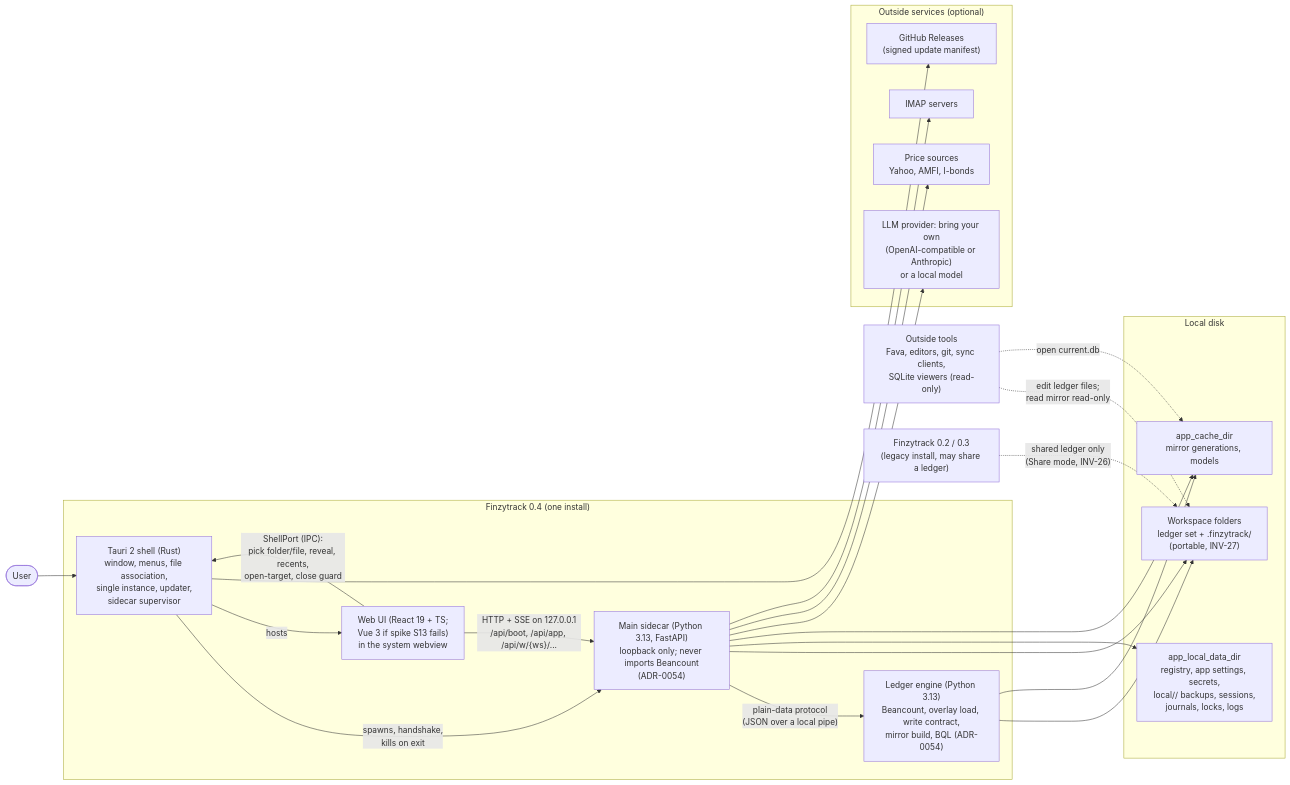
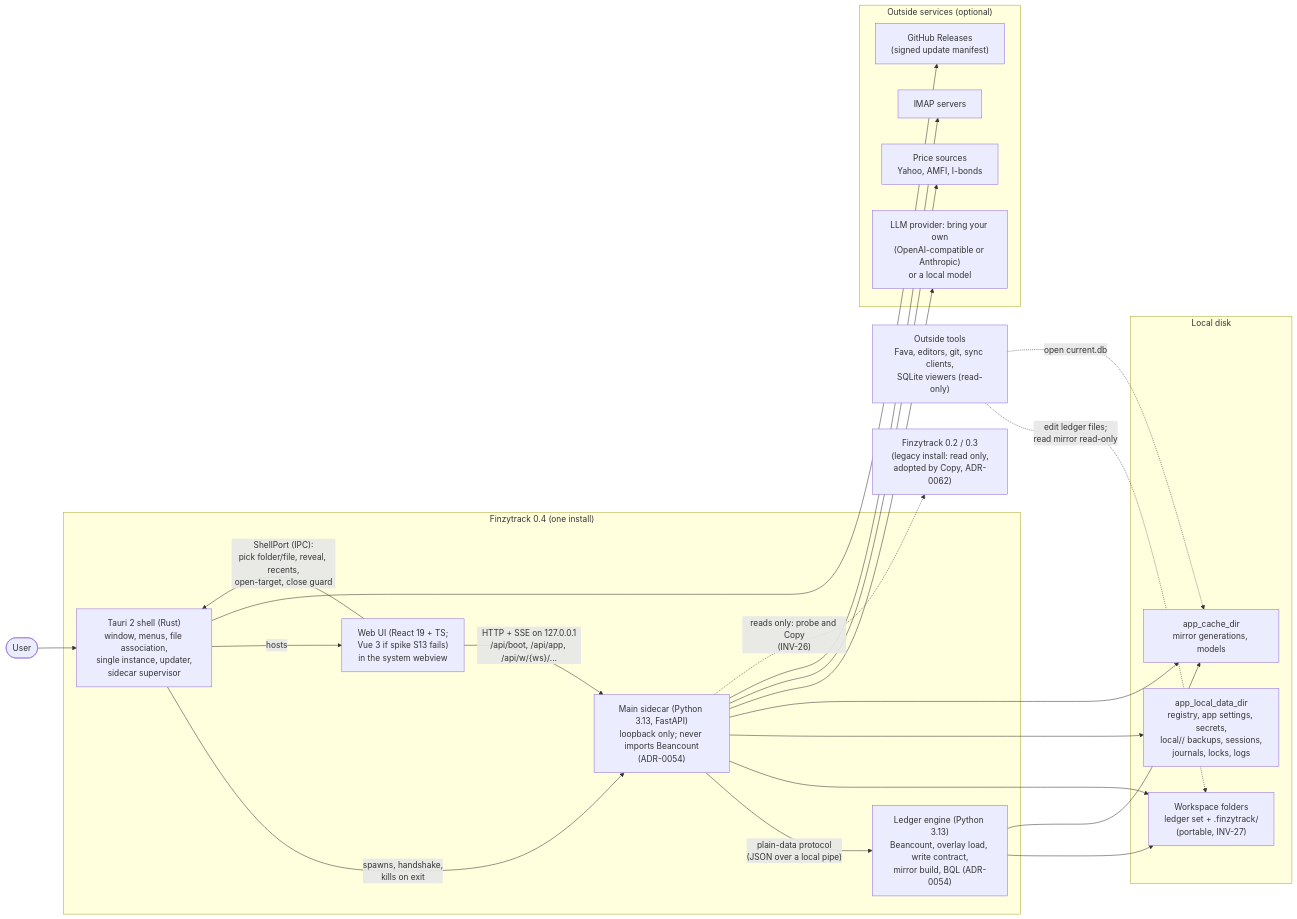
Before and after one commit to sagarbehere/finzytrack: the diagram in design/ARCHITECTURE.md, drawn with Mermaid. The commit also changed other lines of this file and 18 other files, not shown here.

````diff
--- a/design/ARCHITECTURE.md
+++ b/design/ARCHITECTURE.md
@@ -30,37 +30,37 @@
 ```mermaid
 flowchart LR
   user([User])
   subgraph Desktop["Finzytrack 0.4 (one install)"]
     shell["Tauri 2 shell (Rust)\nwindow, menus, file association,\nsingle instance, updater,\nsidecar supervisor"]
     web["Web UI (React 19 + TS;\nVue 3 if spike S13 fails)\nin the system webview"]
     side["Main sidecar (Python 3.13, FastAPI)\nloopback only; never imports Beancount\n(ADR-0054)"]
     eng["Ledger engine (Python 3.13)\nBeancount, overlay load, write contract,\nmirror build, BQL (ADR-0054)"]
   end
   subgraph Disk["Local disk"]
     wsf["Workspace folders\nledger set + .finzytrack/\n(portable, INV-27)"]
     appd["app_local_data_dir\nregistry, app settings, secrets,\nlocal/<key>/ backups, sessions,\njournals, locks, logs"]
     cache["app_cache_dir\nmirror generations, models"]
   end
   subgraph Ext["Outside services (optional)"]
     llm["LLM provider: bring your own\n(OpenAI-compatible or Anthropic)\nor a local model"]
     px["Price sources\nYahoo, AMFI, I-bonds"]
     imap["IMAP servers"]
     gh["GitHub Releases\n(signed update manifest)"]
   end
   tools["Outside tools\nFava, editors, git, sync clients,\nSQLite viewers (read-only)"]
-  legacy["Finzytrack 0.2 / 0.3\n(legacy install, may share a ledger)"]
+  legacy["Finzytrack 0.2 / 0.3\n(legacy install: read only,\nadopted by Copy, ADR-0062)"]
 
   user --> shell
   shell -- "spawns, handshake,\nkills on exit" --> side
   shell -- "hosts" --> web
   web -- "HTTP + SSE on 127.0.0.1\n/api/boot, /api/app, /api/w/{ws}/..." --> side
   web -- "ShellPort (IPC):\npick folder/file, reveal, recents,\nopen-target, close guard" --> shell
   side -- "plain-data protocol\n(JSON over a local pipe)" --> eng
   eng --> wsf & cache
   side --> wsf & appd & cache
   side --> llm & px & imap
   shell --> gh
   tools -. "edit ledger files;\nread mirror read-only" .-> wsf
   tools -. "open current.db" .-> cache
-  legacy -. "shared ledger only\n(Share mode, INV-26)" .-> wsf
+  side -. "reads only: probe and Copy\n(INV-26)" .-> legacy
 ```
````
